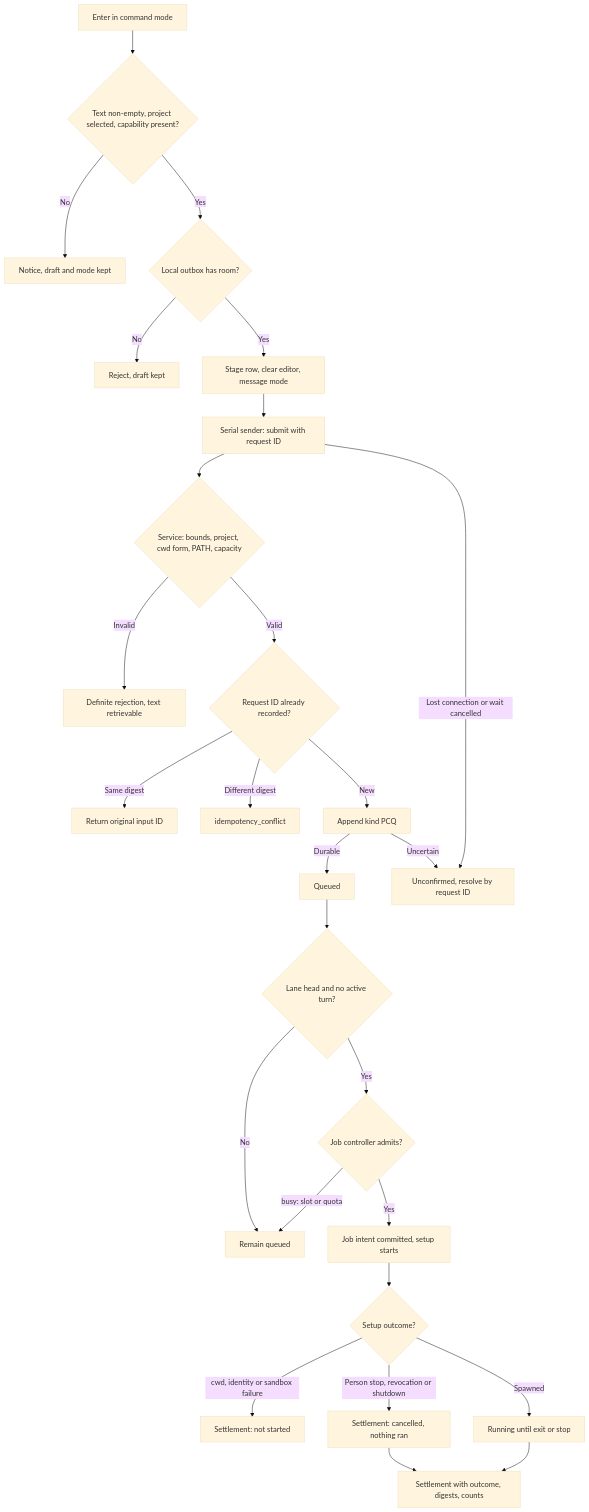
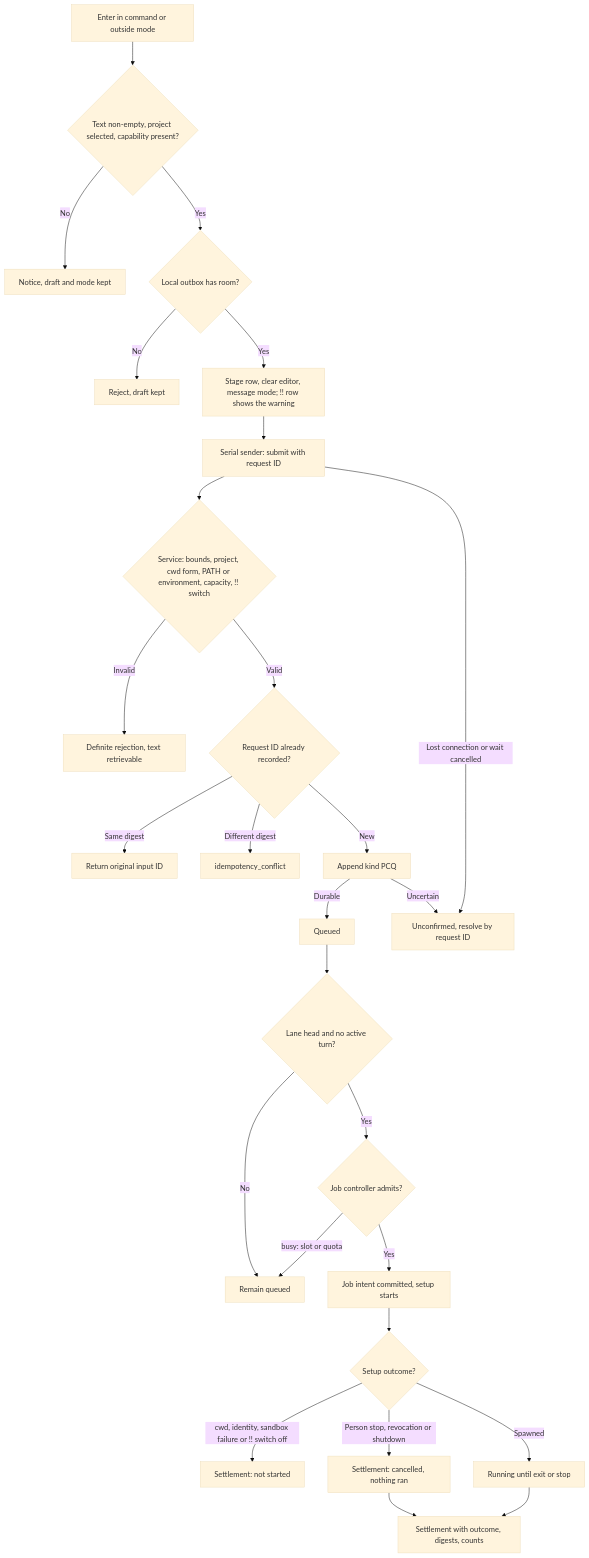
The sixth of 7 diagrams in docs/designs/person-command-mode.md (pidster/asura), drawn with Mermaid (base theme) before and after one commit. The commit also changed other lines of this file and 9 other files, not shown here.

````diff
--- a/docs/designs/person-command-mode.md
+++ b/docs/designs/person-command-mode.md
@@ -783,29 +1016,29 @@
 ```mermaid
 flowchart TD
-    Enter["Enter in command mode"] --> Local{"Text non-empty, project selected, capability present?"}
+    Enter["Enter in command or outside mode"] --> Local{"Text non-empty, project selected, capability present?"}
     Local -->|No| Notice["Notice, draft and mode kept"]
     Local -->|Yes| Outbox{"Local outbox has room?"}
     Outbox -->|No| Full["Reject, draft kept"]
-    Outbox -->|Yes| Stage["Stage row, clear editor, message mode"]
+    Outbox -->|Yes| Stage["Stage row, clear editor, message mode; !! row shows the warning"]
     Stage --> Rpc["Serial sender: submit with request ID"]
-    Rpc --> Valid{"Service: bounds, project, cwd form, PATH, capacity"}
+    Rpc --> Valid{"Service: bounds, project, cwd form, PATH or environment, capacity, !! switch"}
     Valid -->|Invalid| Rej["Definite rejection, text retrievable"]
     Valid -->|Valid| Dup{"Request ID already recorded?"}
     Dup -->|Same digest| Same["Return original input ID"]
     Dup -->|Different digest| Conflict["idempotency_conflict"]
     Dup -->|New| Append["Append kind PCQ"]
     Append -->|Durable| Queued["Queued"]
     Append -->|Uncertain| Unc["Unconfirmed, resolve by request ID"]
     Rpc -->|"Lost connection or wait cancelled"| Unc
     Queued --> Ready{"Lane head and no active turn?"}
     Ready -->|No| Wait["Remain queued"]
     Ready -->|Yes| Admit{"Job controller admits?"}
     Admit -->|"busy: slot or quota"| Wait
     Admit -->|Yes| Start["Job intent committed, setup starts"]
     Start --> Setup{"Setup outcome?"}
-    Setup -->|"cwd, identity or sandbox failure"| NotStarted["Settlement: not started"]
+    Setup -->|"cwd, identity, sandbox failure or !! switch off"| NotStarted["Settlement: not started"]
     Setup -->|"Person stop, revocation or shutdown"| Cancelled["Settlement: cancelled, nothing ran"]
     Setup -->|Spawned| Run["Running until exit or stop"]
     Cancelled --> Settle
     Run --> Settle["Settlement with outcome, digests, counts"]
 ```
````
